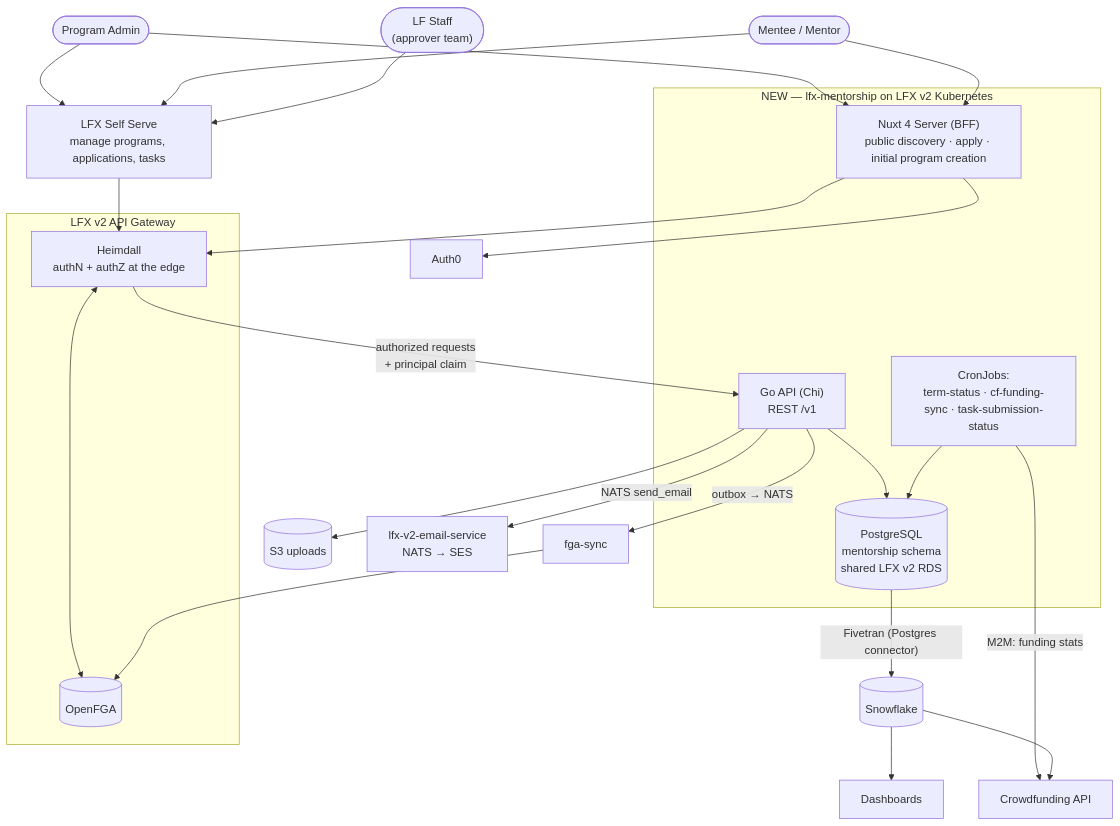
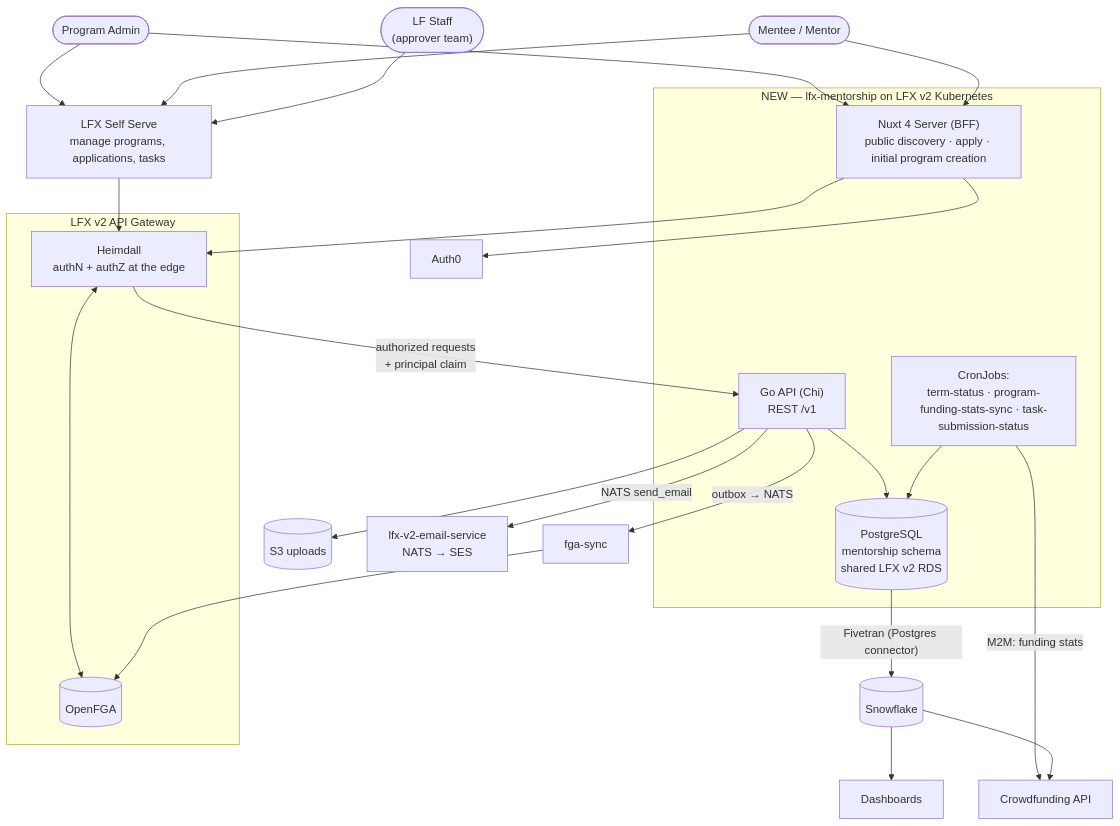
Before and after one commit to linuxfoundation/lfx-mentorship: the first of 2 diagrams in docs/rewrite/02-target-architecture.md, drawn with Mermaid. The commit also changed other lines of this file and 3 other files, not shown here.

First line of the commit message:
docs(architecture): align the companion docs with the implemented upstreams

````diff
--- a/docs/rewrite/02-target-architecture.md
+++ b/docs/rewrite/02-target-architecture.md
@@ -22,45 +22,45 @@
 ```mermaid
 flowchart TB
     ADMIN(["Program Admin"])
     USERS(["Mentee / Mentor"])
     SUPER(["LF Staff<br/>(approver team)"])
 
     subgraph GW["LFX v2 API Gateway"]
         HEIMDALL["Heimdall<br/>authN + authZ at the edge"]
         FGA[("OpenFGA")]
     end
 
     subgraph K8S["NEW — lfx-mentorship on LFX v2 Kubernetes"]
         NUXT["Nuxt 4 Server (BFF)<br/>public discovery · apply · initial program creation"]
         API["Go API (Chi)<br/>REST /v1"]
         PG[("PostgreSQL<br/>mentorship schema<br/>shared LFX v2 RDS")]
-        CRONS["CronJobs:<br/>term-status · cf-funding-sync · task-submission-status"]
+        CRONS["CronJobs:<br/>term-status · program-funding-stats-sync · task-submission-status"]
     end
 
     SS["LFX Self Serve<br/>manage programs, applications, tasks"]
     SYNC["fga-sync"]
     AUTH0["Auth0"]
     S3[("S3 uploads")]
     EMAIL["lfx-v2-email-service<br/>NATS → SES"]
     CFAPI["Crowdfunding API"]
     SF[("Snowflake")]
     DASH["Dashboards"]
 
     ADMIN & USERS --> NUXT
     ADMIN & USERS & SUPER --> SS
     NUXT --> HEIMDALL
     SS --> HEIMDALL
     HEIMDALL <--> FGA
     HEIMDALL -- "authorized requests<br/>+ principal claim" --> API
     NUXT --> AUTH0
     API --> PG
     API --> S3
     API -- "NATS send_email" --> EMAIL
     API -- "outbox → NATS" --> SYNC
     SYNC --> FGA
     CRONS --> PG
     CRONS -- "M2M: funding stats" --> CFAPI
     PG -- "Fivetran (Postgres connector)" --> SF
     SF --> DASH
     SF --> CFAPI
 ```
````
